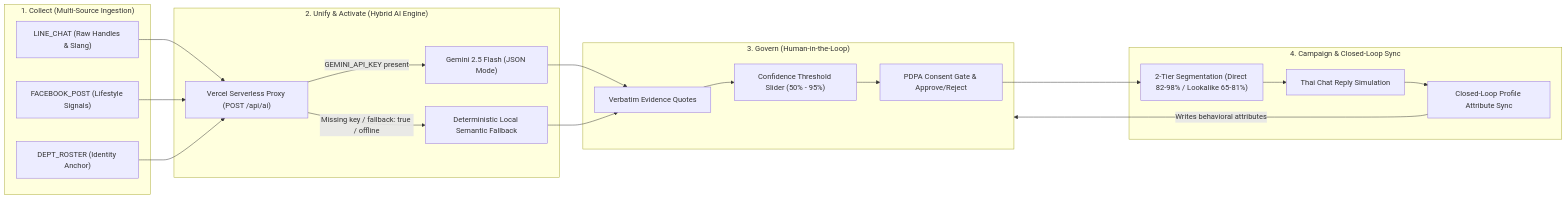
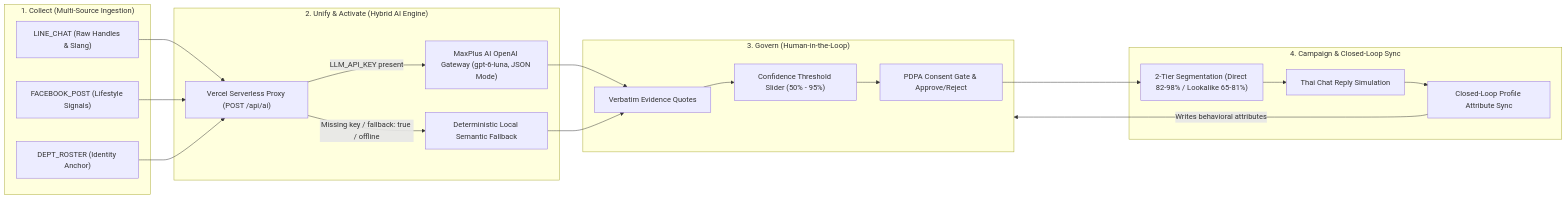
Before and after one commit to rpeput/mini-cdp: the diagram in README.md, drawn with Mermaid. The commit also changed other lines of this file and 4 other files, not shown here.

Commit message:
feat(ai): switch serverless proxy to MaxPlus OpenAI gateway (gpt-6-luna) with Responses API fallback

````diff
--- a/README.md
+++ b/README.md
@@ -7,36 +7,36 @@
 ```mermaid
 flowchart LR
   subgraph Collect["1. Collect (Multi-Source Ingestion)"]
     LINE["LINE_CHAT (Raw Handles & Slang)"]
     FB["FACEBOOK_POST (Lifestyle Signals)"]
     ROSTER["DEPT_ROSTER (Identity Anchor)"]
   end
 
   subgraph HybridAI["2. Unify & Activate (Hybrid AI Engine)"]
     PROXY["Vercel Serverless Proxy (POST /api/ai)"]
-    GEMINI["Gemini 2.5 Flash (JSON Mode)"]
+    LLM["MaxPlus AI OpenAI Gateway (gpt-6-luna, JSON Mode)"]
     LOCAL["Deterministic Local Semantic Fallback"]
   end
 
   subgraph Govern["3. Govern (Human-in-the-Loop)"]
     QUOTES["Verbatim Evidence Quotes"]
     SLIDER["Confidence Threshold Slider (50% - 95%)"]
     PDPA["PDPA Consent Gate & Approve/Reject"]
   end
 
   subgraph Loop["4. Campaign & Closed-Loop Sync"]
     SEG["2-Tier Segmentation (Direct 82-98% / Lookalike 65-81%)"]
     SIM["Thai Chat Reply Simulation"]
     SYNC["Closed-Loop Profile Attribute Sync"]
   end
 
   LINE --> PROXY
   FB --> PROXY
   ROSTER --> PROXY
-  PROXY -->|"GEMINI_API_KEY present"| GEMINI
+  PROXY -->|"LLM_API_KEY present"| LLM
   PROXY -->|"Missing key / fallback: true / offline"| LOCAL
-  GEMINI --> QUOTES
+  LLM --> QUOTES
   LOCAL --> QUOTES
   QUOTES --> SLIDER --> PDPA --> SEG --> SIM --> SYNC
   SYNC -->|"Writes behavioral attributes"| Govern
 ```
````
